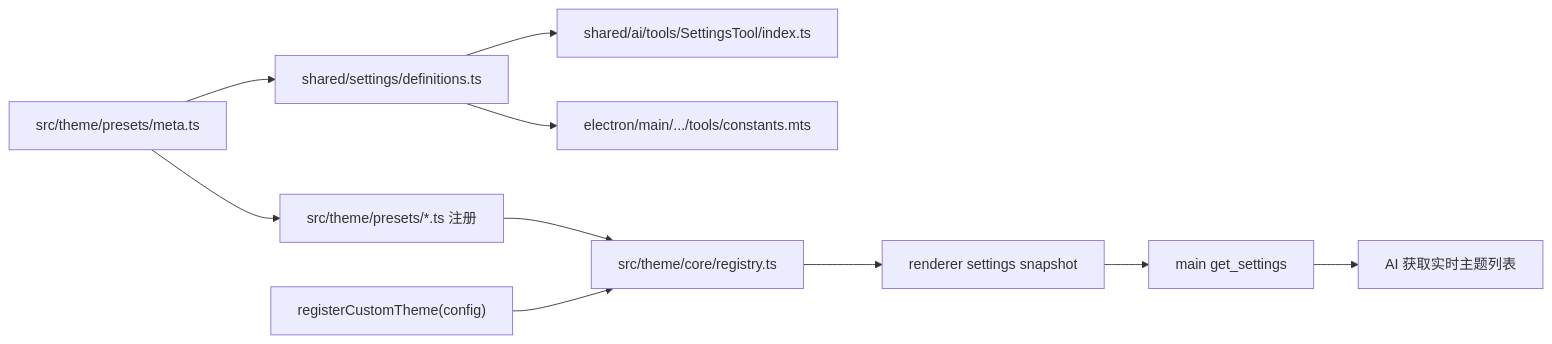
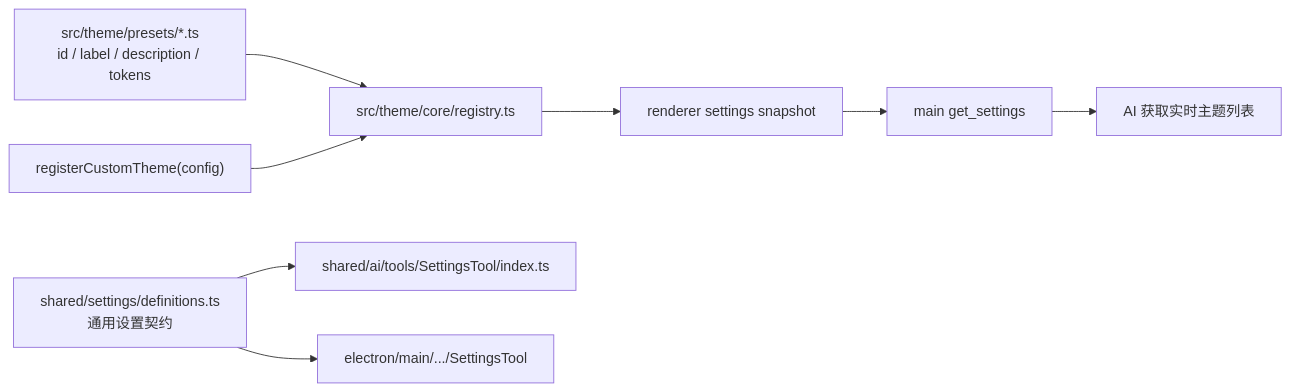
The diagram in docs/superpowers/specs/2026-08-10-settings-theme-metadata-design.md (xbinator/texti), drawn with Mermaid before and after one commit. The commit also changed other lines of this file and 25 other files, not shown here.

First line of the commit message:
feat(settings): enhance theme preset management and descriptions

````diff
--- a/docs/superpowers/specs/2026-08-10-settings-theme-metadata-design.md
+++ b/docs/superpowers/specs/2026-08-10-settings-theme-metadata-design.md
@@ -64,12 +75,10 @@
 ```mermaid
 flowchart LR
-  Meta["src/theme/presets/meta.ts"] --> Presets["src/theme/presets/*.ts 注册"]
-  Meta --> SettingsDefs["shared/settings/definitions.ts"]
-  SettingsDefs --> SettingsTool["shared/ai/tools/SettingsTool/index.ts"]
-  SettingsDefs --> MainConstants["electron/main/.../tools/constants.mts"]
-  Presets --> Registry["src/theme/core/registry.ts"]
+  Presets["src/theme/presets/*.ts<br/>id / label / description / tokens"] --> Registry["src/theme/core/registry.ts"]
   Custom["registerCustomTheme(config)"] --> Registry
+  SettingsDefs["shared/settings/definitions.ts<br/>通用设置契约"] --> SettingsTool["shared/ai/tools/SettingsTool/index.ts"]
+  SettingsDefs --> MainSettings["electron/main/.../SettingsTool"]
   Registry --> Snapshot["renderer settings snapshot"]
   Snapshot --> GetSettings["main get_settings"]
   GetSettings --> Model["AI 获取实时主题列表"]
 ```
````
